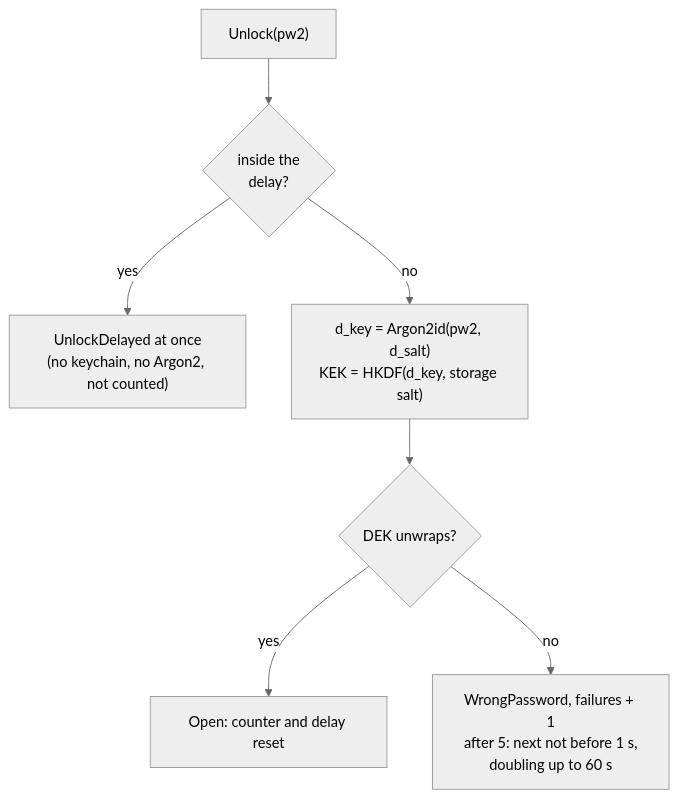
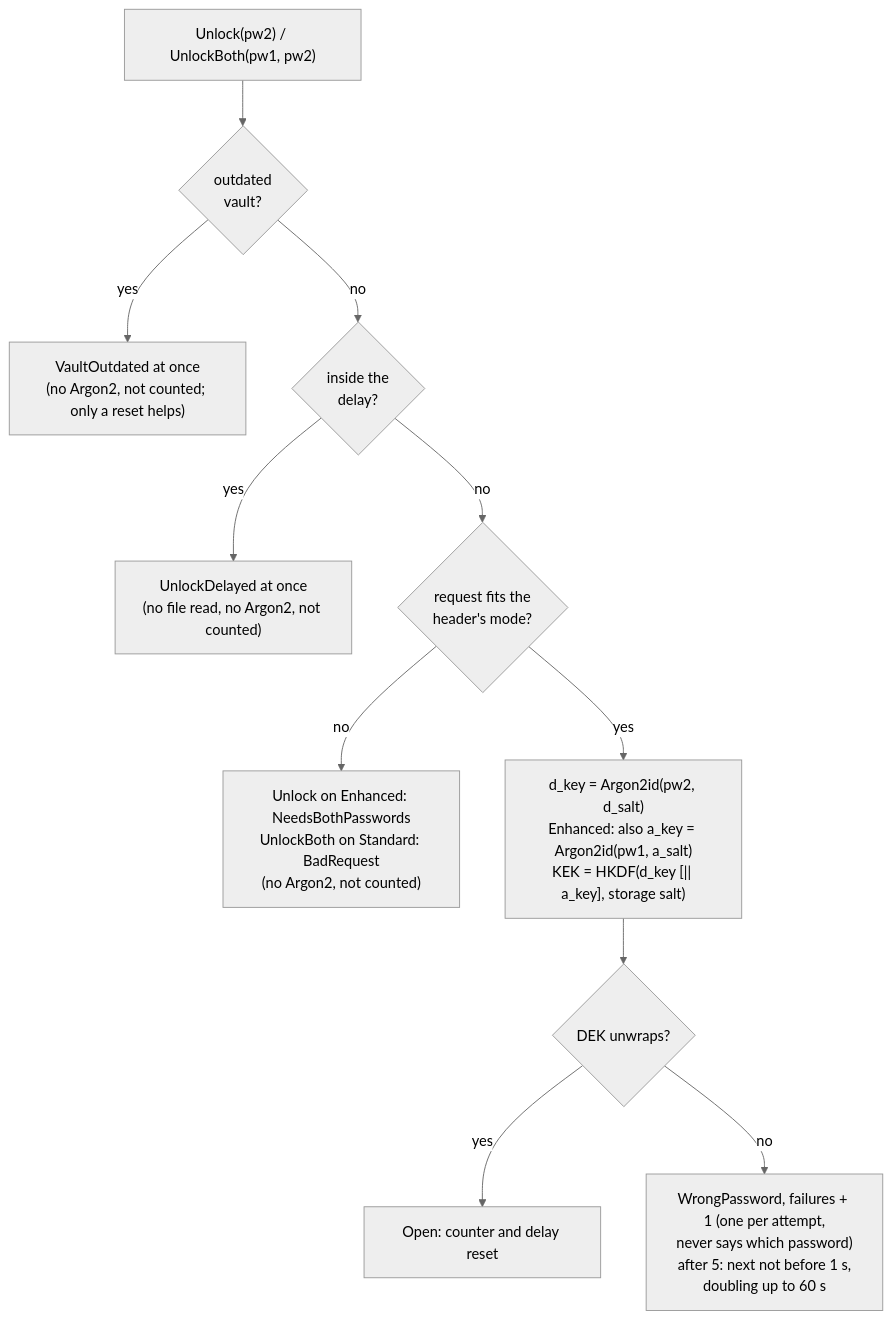
Before and after one commit to czarekkdev/cesaconn: the third of 3 diagrams in docs/diagrams/daemon-states.md, drawn with Mermaid (neutral theme). The commit also changed other lines of this file and 6 other files, not shown here.

First line of the commit message:
docs(daemon, diagrams, readme): own vault salts and Enhanced security

````diff
--- a/docs/diagrams/daemon-states.md
+++ b/docs/diagrams/daemon-states.md
@@ -41,9 +41,13 @@
 ```mermaid
 flowchart TB
-    u["Unlock(pw2)"] --> wait{"inside the<br/>delay?"}
-    wait -- yes --> delayed["UnlockDelayed at once<br/>(no keychain, no Argon2, not counted)"]
-    wait -- no --> derive["d_key = Argon2id(pw2, d_salt)<br/>KEK = HKDF(d_key, storage salt)"]
+    u["Unlock(pw2) / UnlockBoth(pw1, pw2)"] --> old{"outdated<br/>vault?"}
+    old -- yes --> outdated["VaultOutdated at once<br/>(no Argon2, not counted; only a reset helps)"]
+    old -- no --> wait{"inside the<br/>delay?"}
+    wait -- yes --> delayed["UnlockDelayed at once<br/>(no file read, no Argon2, not counted)"]
+    wait -- no --> mode{"request fits the<br/>header's mode?"}
+    mode -- no --> wrongreq["Unlock on Enhanced: NeedsBothPasswords<br/>UnlockBoth on Standard: BadRequest<br/>(no Argon2, not counted)"]
+    mode -- yes --> derive["d_key = Argon2id(pw2, d_salt)<br/>Enhanced: also a_key = Argon2id(pw1, a_salt)<br/>KEK = HKDF(d_key [|| a_key], storage salt)"]
     derive --> open{"DEK unwraps?"}
     open -- yes --> ok["Open: counter and delay reset"]
-    open -- no --> wrong["WrongPassword, failures + 1<br/>after 5: next not before 1 s,<br/>doubling up to 60 s"]
+    open -- no --> wrong["WrongPassword, failures + 1 (one per attempt,<br/>never says which password)<br/>after 5: next not before 1 s,<br/>doubling up to 60 s"]
 ```
````
